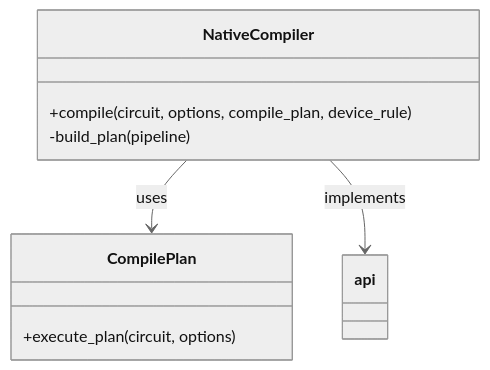
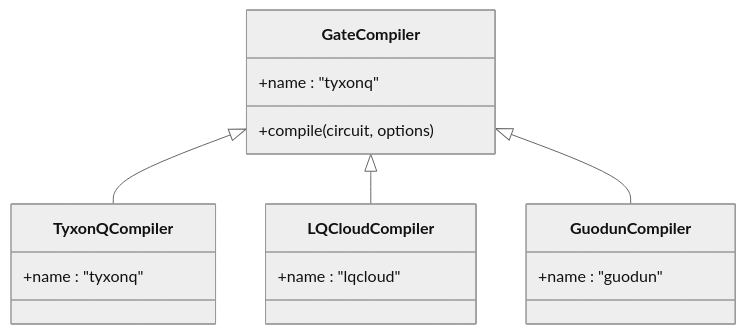
Before and after one commit to QureGenAI-Biotech/TyxonQ: the sixth of 14 diagrams in .qoder/repowiki/en/content/Core Framework Architecture/Compiler Pipeline/Compiler Pipeline.md, drawn with Mermaid (neutral theme). The commit also changed other lines of this file and 516 other files, not shown here.

````diff
--- a/.qoder/repowiki/en/content/Core Framework Architecture/Compiler Pipeline/Compiler Pipeline.md
+++ b/.qoder/repowiki/en/content/Core Framework Architecture/Compiler Pipeline/Compiler Pipeline.md
@@ -300,12 +233,19 @@
 ```mermaid
 classDiagram
-class NativeCompiler {
-+compile(circuit, options, compile_plan, device_rule)
--build_plan(pipeline)
+class GateCompiler {
++compile(circuit, options)
++name : "tyxonq"
 }
-class CompilePlan {
-+execute_plan(circuit, options)
+class TyxonQCompiler {
++name : "tyxonq"
 }
-NativeCompiler --> CompilePlan : uses
-NativeCompiler --> api : implements
+class LQCloudCompiler {
++name : "lqcloud"
+}
+class GuodunCompiler {
++name : "guodun"
+}
+GateCompiler <|-- TyxonQCompiler
+GateCompiler <|-- LQCloudCompiler
+GateCompiler <|-- GuodunCompiler
 ```
````
